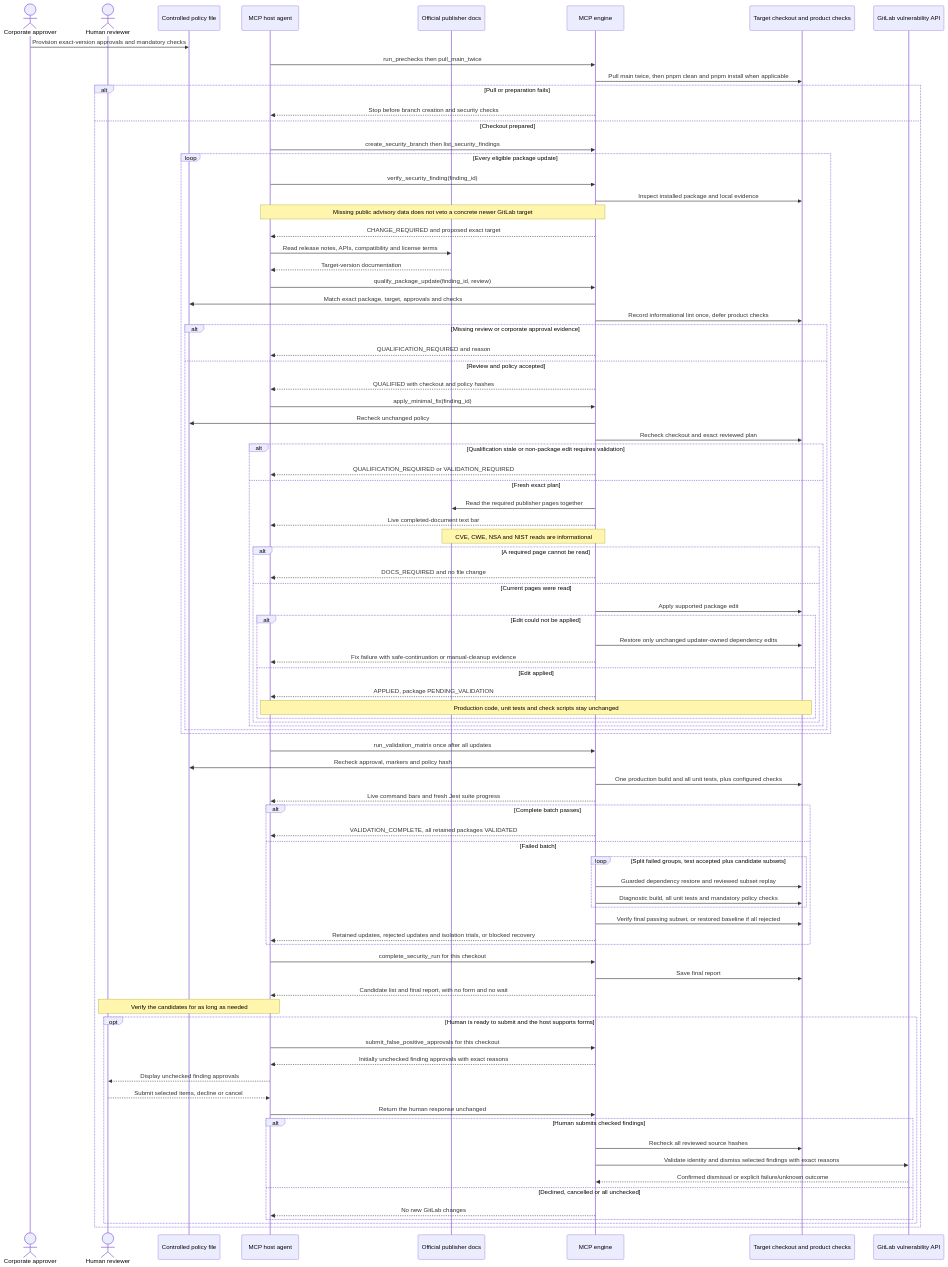
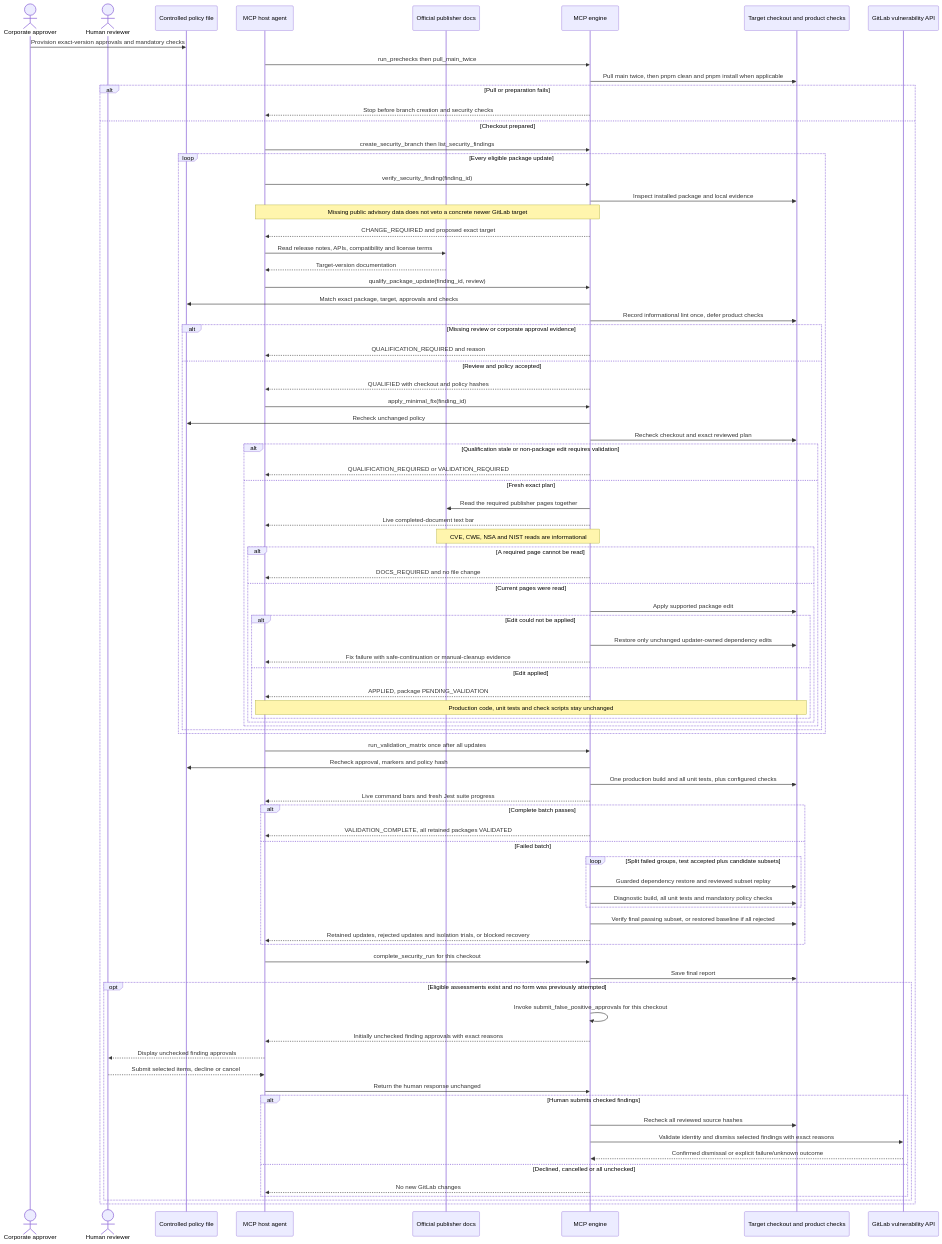
One commit to jprejsnar/security-mcp-fixer changed the fourth of 4 diagrams in README.md. Above: the diagram before and after it, drawn with Mermaid. The commit also changed other lines of this file and 6 other files, not shown here.

First line of the commit message:
Enhance false positive approval workflow and reporting

```diff
--- a/README.md
+++ b/README.md
@@ -846,10 +864,8 @@
   end
   Host->>MCP: complete_security_run for this checkout
   MCP->>Repo: Save final report
-  MCP-->>Host: Candidate list and final report, with no form and no wait
-  Note over Reviewer,Host: Verify the candidates for as long as needed
-  opt Human is ready to submit and the host supports forms
-    Host->>MCP: submit_false_positive_approvals for this checkout
+  opt Eligible assessments exist and no form was previously attempted
+    MCP->>MCP: Invoke submit_false_positive_approvals for this checkout
     MCP-->>Host: Initially unchecked finding approvals with exact reasons
     Host-->>Reviewer: Display unchecked finding approvals
     Reviewer-->>Host: Submit selected items, decline or cancel
```
